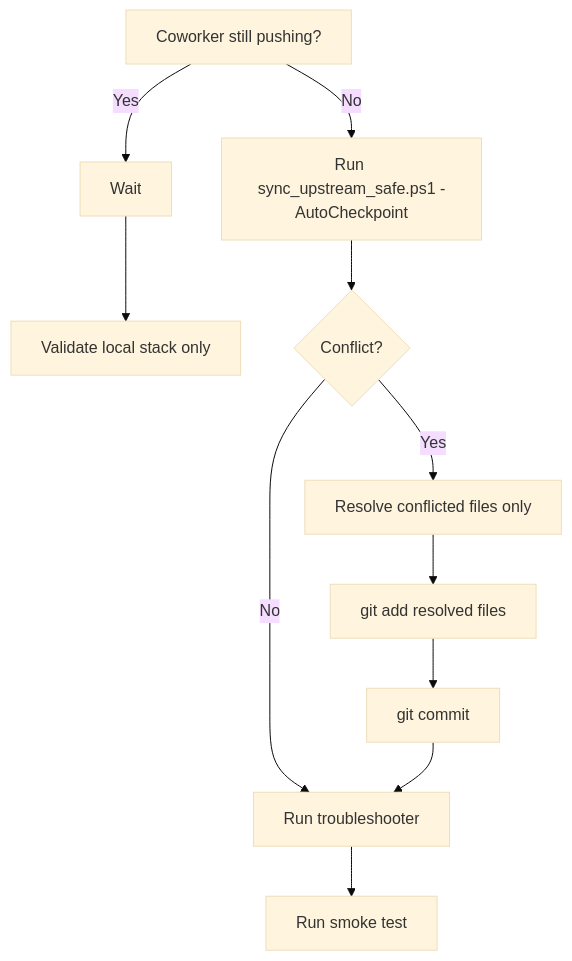
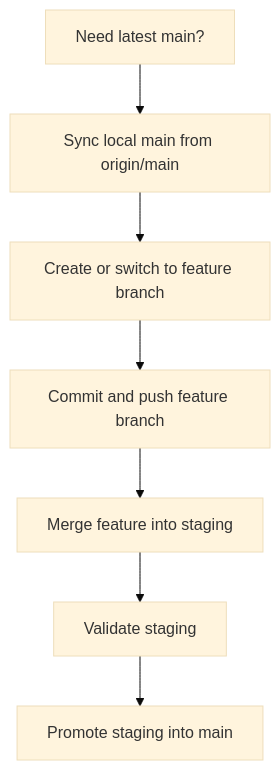
One commit to swinneyj/soc-plaform changed the third of 4 diagrams in docs/GIT_VISUAL_MAP.md. Above: the diagram before and after it, drawn with Mermaid (base theme). The commit also changed other lines of this file and 4 other files, not shown here.

````diff
--- a/docs/GIT_VISUAL_MAP.md
+++ b/docs/GIT_VISUAL_MAP.md
@@ -45,13 +54,9 @@
 ```mermaid
 flowchart TD
-    A[Coworker still pushing?] -->|Yes| B[Wait]
-    B --> C[Validate local stack only]
-    A -->|No| D[Run sync_upstream_safe.ps1 -AutoCheckpoint]
-    D --> E{Conflict?}
-    E -- Yes --> F[Resolve conflicted files only]
-    F --> G[git add resolved files]
-    G --> H[git commit]
-    E -- No --> I[Run troubleshooter]
-    H --> I
-    I --> J[Run smoke test]
+    A[Need latest main?] --> B[Sync local main from origin/main]
+    B --> C[Create or switch to feature branch]
+    C --> D[Commit and push feature branch]
+    D --> E[Merge feature into staging]
+    E --> F[Validate staging]
+    F --> G[Promote staging into main]
 ```
````
